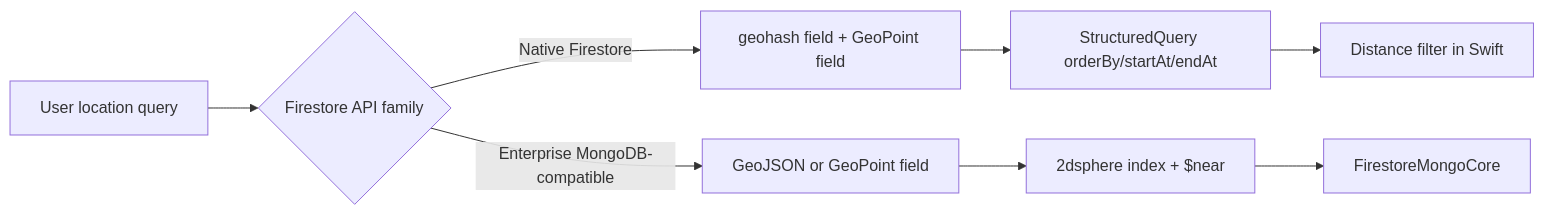
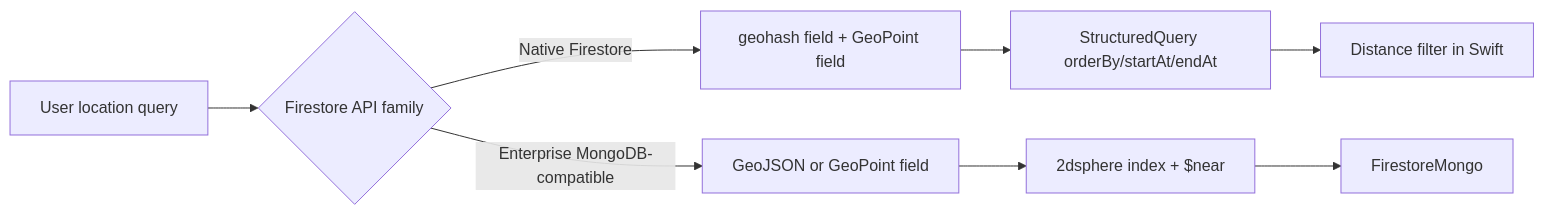
Before and after one commit to 1amageek/FirebaseAPI: the third of 3 diagrams in docs/FirestoreAdminCompatibility.md, drawn with Mermaid. The commit also changed other lines of this file and 44 other files, not shown here.

````diff
--- a/docs/FirestoreAdminCompatibility.md
+++ b/docs/FirestoreAdminCompatibility.md
@@ -263,10 +263,10 @@
 ```mermaid
 flowchart LR
   A["User location query"] --> B{"Firestore API family"}
   B -->|"Native Firestore"| C["geohash field + GeoPoint field"]
   C --> D["StructuredQuery orderBy/startAt/endAt"]
   D --> E["Distance filter in Swift"]
   B -->|"Enterprise MongoDB-compatible"| F["GeoJSON or GeoPoint field"]
   F --> G["2dsphere index + $near"]
-  G --> H["FirestoreMongoCore"]
+  G --> H["FirestoreMongo"]
 ```
````
